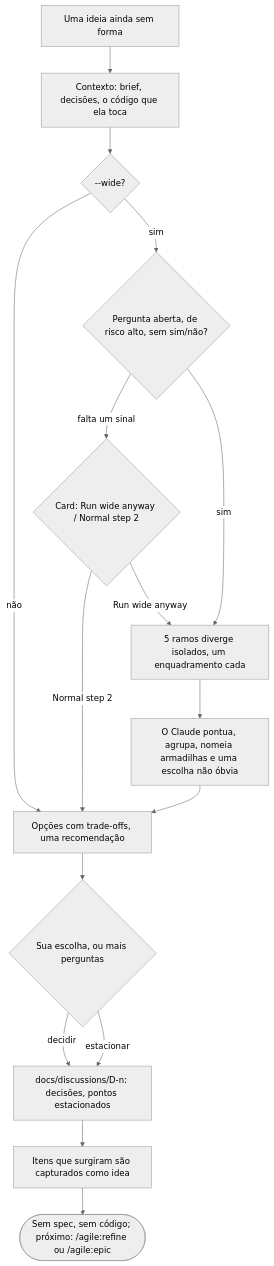
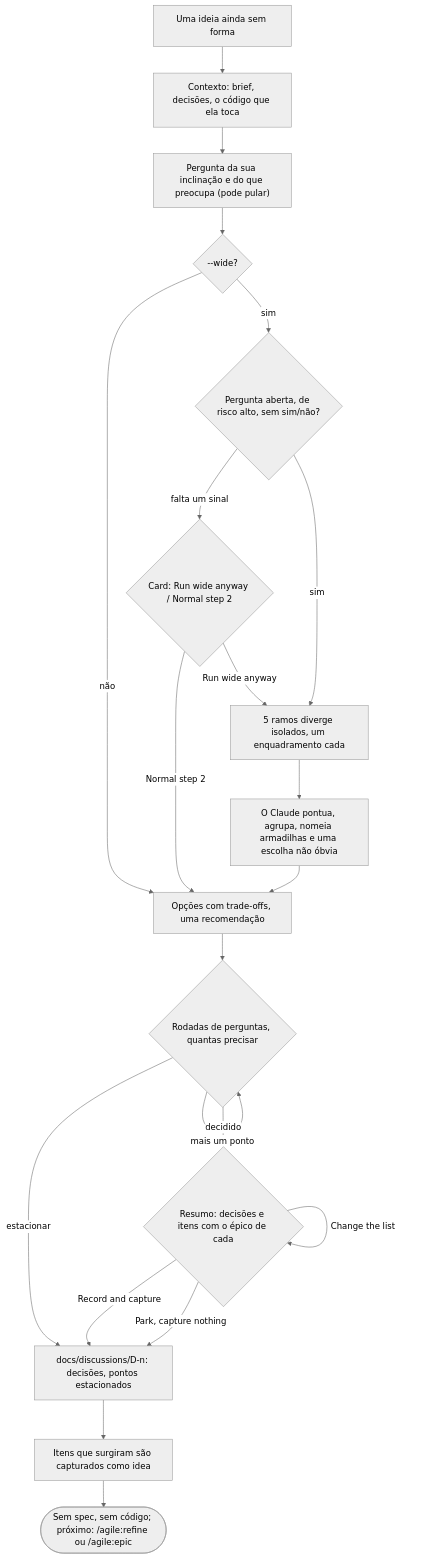
The fifth of 25 diagrams in docs/agile/workflow.pt-BR.md (alexcanario/simulab), drawn with Mermaid (neutral theme) before and after one commit. The commit also changed other lines of this file and 5 other files, not shown here.

````diff
--- a/docs/agile/workflow.pt-BR.md
+++ b/docs/agile/workflow.pt-BR.md
@@ -975,18 +977,23 @@
 ```mermaid
 flowchart TD
     A["Uma ideia ainda sem forma"] --> B["Contexto: brief, decisões, o código que ela toca"]
-    B --> W{"--wide?"}
+    B --> L["Pergunta da sua inclinação e do que preocupa (pode pular)"]
+    L --> W{"--wide?"}
     W -->|não| C["Opções com trade-offs, uma recomendação"]
     W -->|sim| P{"Pergunta aberta, de risco alto, sem sim/não?"}
     P -->|falta um sinal| Q{"Card: Run wide anyway / Normal step 2"}
     Q -->|Normal step 2| C
     Q -->|Run wide anyway| R
     P -->|sim| R["5 ramos diverge isolados, um enquadramento cada"]
     R --> S["O Claude pontua, agrupa, nomeia armadilhas e uma escolha não óbvia"]
     S --> C
-    C --> D{"Sua escolha, ou mais perguntas"}
-    D -->|decidir| E["docs/discussions/D-n: decisões, pontos estacionados"]
+    C --> D{"Rodadas de perguntas, quantas precisar"}
+    D -->|mais um ponto| D
+    D -->|decidido| H{"Resumo: decisões e itens com o épico de cada"}
     D -->|estacionar| E
+    H -->|Record and capture| E["docs/discussions/D-n: decisões, pontos estacionados"]
+    H -->|Change the list| H
+    H -->|Park, capture nothing| E
     E --> F["Itens que surgiram são capturados como idea"]
     F --> G(["Sem spec, sem código; próximo: /agile:refine ou /agile:epic"])
 ```
````
